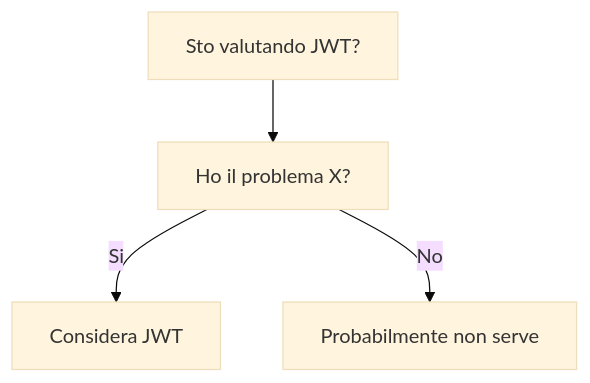
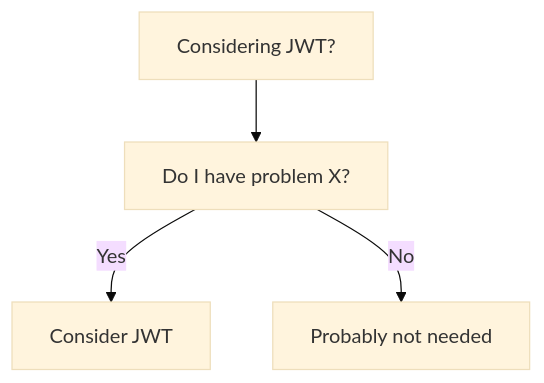
Before and after one commit to HxT9/Software-Dev-Wiki: the diagram in dev-wiki/08_Security/JWT/When_To_Use.md, drawn with Mermaid (base theme). The commit also changed other lines of this file and 3444 other files, not shown here.

````diff
--- a/dev-wiki/08_Security/JWT/When_To_Use.md
+++ b/dev-wiki/08_Security/JWT/When_To_Use.md
@@ -19,6 +19,6 @@
 ```mermaid
 flowchart TD
-  Q[Sto valutando JWT?] --> Q1[Ho il problema X?]
-  Q1 -->|Si| OK[Considera JWT]
-  Q1 -->|No| NO[Probabilmente non serve]
+  Q[Considering JWT?] --> Q1[Do I have problem X?]
+  Q1 -->|Yes| OK[Consider JWT]
+  Q1 -->|No| NO[Probably not needed]
 ```
````
